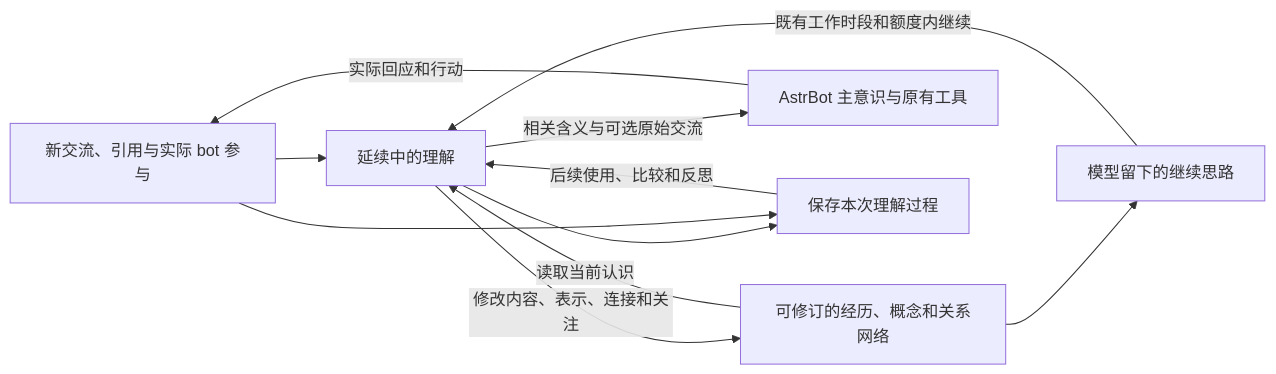
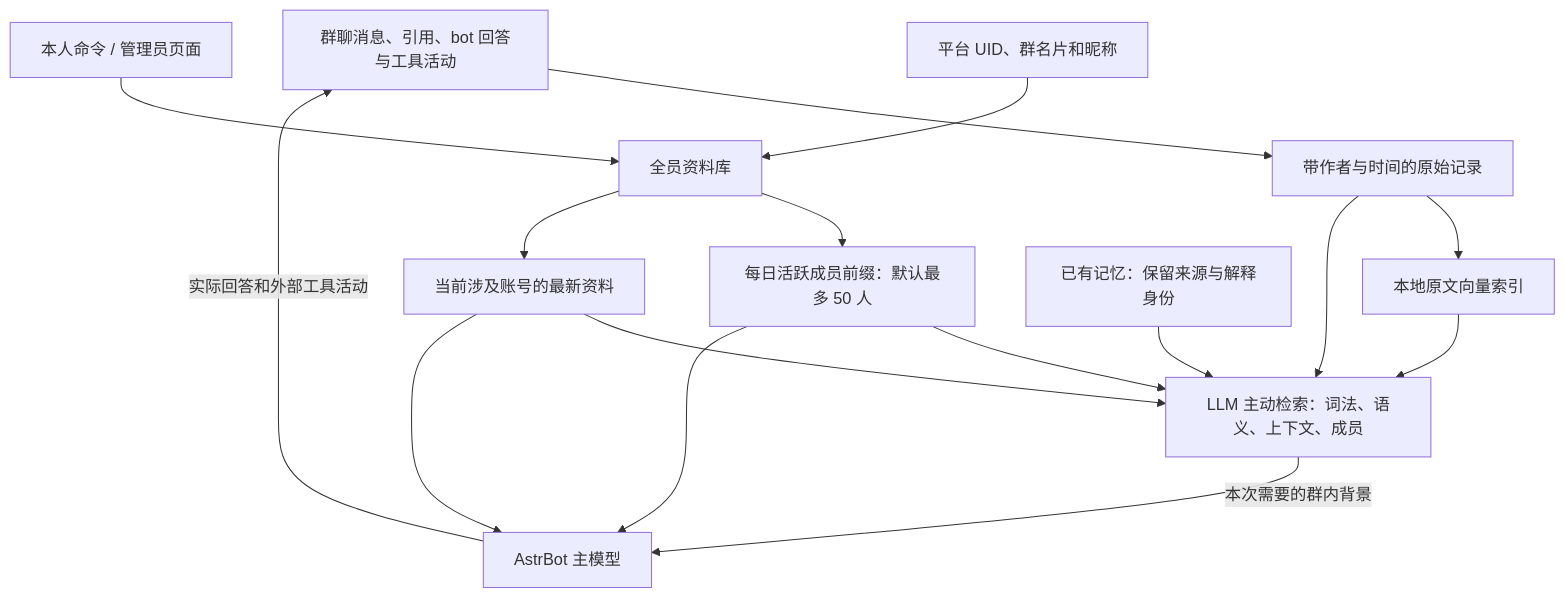
One commit to byydzh/astrbot_plugin_mr_memory changed the diagram in docs/memory-redesign.md. Above: the diagram before and after it, drawn with Mermaid. The commit also changed other lines of this file and 15 other files, not shown here.

````diff
--- a/docs/memory-redesign.md
+++ b/docs/memory-redesign.md
@@ -17,13 +7,18 @@
-~~~mermaid
-flowchart LR
-    E[新交流、引用与实际 bot 参与] --> W[延续中的理解]
-    G[可修订的经历、概念和关系网络] -->|读取当前认识| W
-    W -->|修改内容、表示、连接和关注| G
-    W -->|相关含义与可选原始交流| A[AstrBot 主意识与原有工具]
-    A -->|实际回应和行动| E
-    W --> X[保存本次理解过程]
-    E --> X
-    X -->|后续使用、比较和反思| W
-    G --> R[模型留下的继续思路]
-    R -->|既有工作时段和额度内继续| W
-~~~
+```mermaid
+flowchart TD
+    G[群聊消息、引用、bot 回答与工具活动] --> O[带作者与时间的原始记录]
+    P[平台 UID、群名片和昵称] --> D[全员资料库]
+    U[本人命令 / 管理员页面] --> D
+    D --> F[每日活跃成员前缀：默认最多 50 人]
+    D --> C[当前涉及账号的最新资料]
+    O --> V[本地原文向量索引]
+    O --> R[LLM 主动检索：词法、语义、上下文、成员]
+    V --> R
+    M[已有记忆：保留来源与解释身份] --> R
+    F --> R
+    C --> R
+    F --> A[AstrBot 主模型]
+    C --> A
+    R -->|本次需要的群内背景| A
+    A -->|实际回答和外部工具活动| G
+```
````
